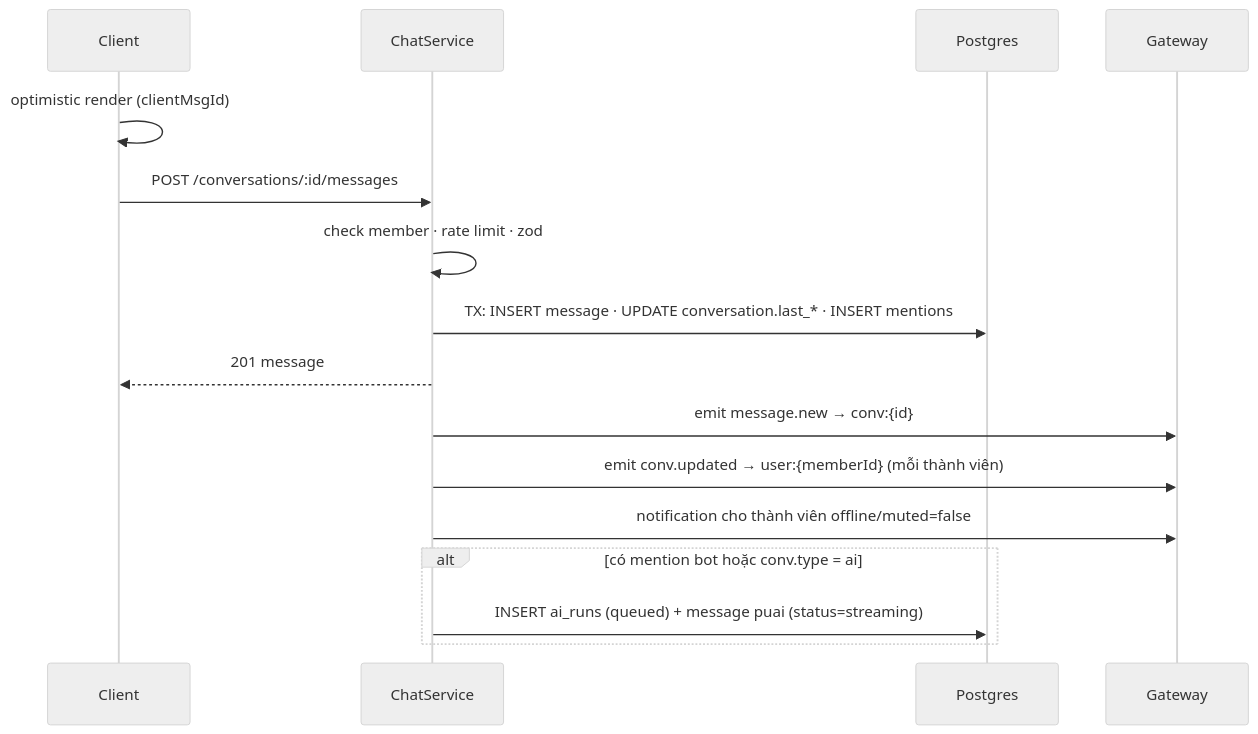
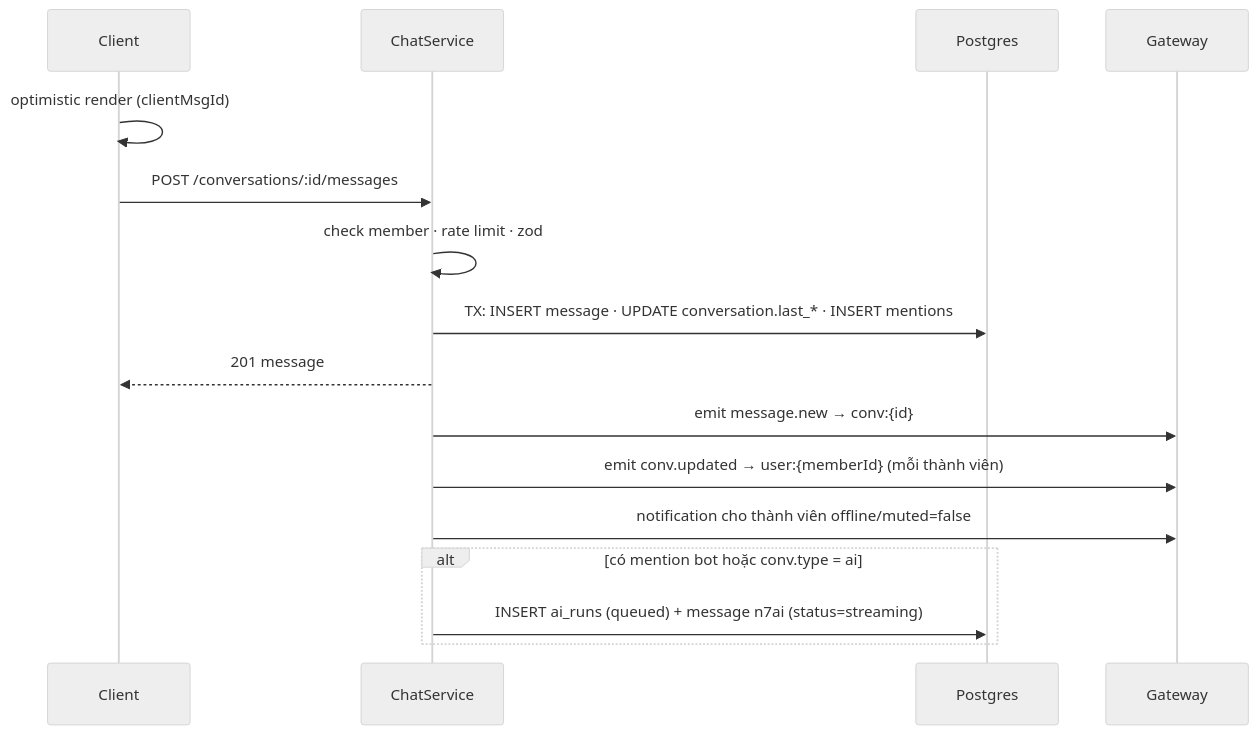
One commit to nhatcoi/pu-connect changed the third of 4 diagrams in docs/core/06-messaging-and-ai.md. Above: the diagram before and after it, drawn with Mermaid (neutral theme). The commit also changed other lines of this file and 15 other files, not shown here.

````diff
--- a/docs/core/06-messaging-and-ai.md
+++ b/docs/core/06-messaging-and-ai.md
@@ -309,18 +309,18 @@
 ```mermaid
 sequenceDiagram
   participant C as Client
   participant API as ChatService
   participant DB as Postgres
   participant RT as Gateway
   C->>C: optimistic render (clientMsgId)
   C->>API: POST /conversations/:id/messages
   API->>API: check member · rate limit · zod
   API->>DB: TX: INSERT message · UPDATE conversation.last_* · INSERT mentions
   API-->>C: 201 message
   API->>RT: emit message.new → conv:{id}
   API->>RT: emit conv.updated → user:{memberId} (mỗi thành viên)
   API->>RT: notification cho thành viên offline/muted=false
   alt có mention bot hoặc conv.type = ai
-    API->>DB: INSERT ai_runs (queued) + message puai (status=streaming)
+    API->>DB: INSERT ai_runs (queued) + message n7ai (status=streaming)
   end
 ```
````
